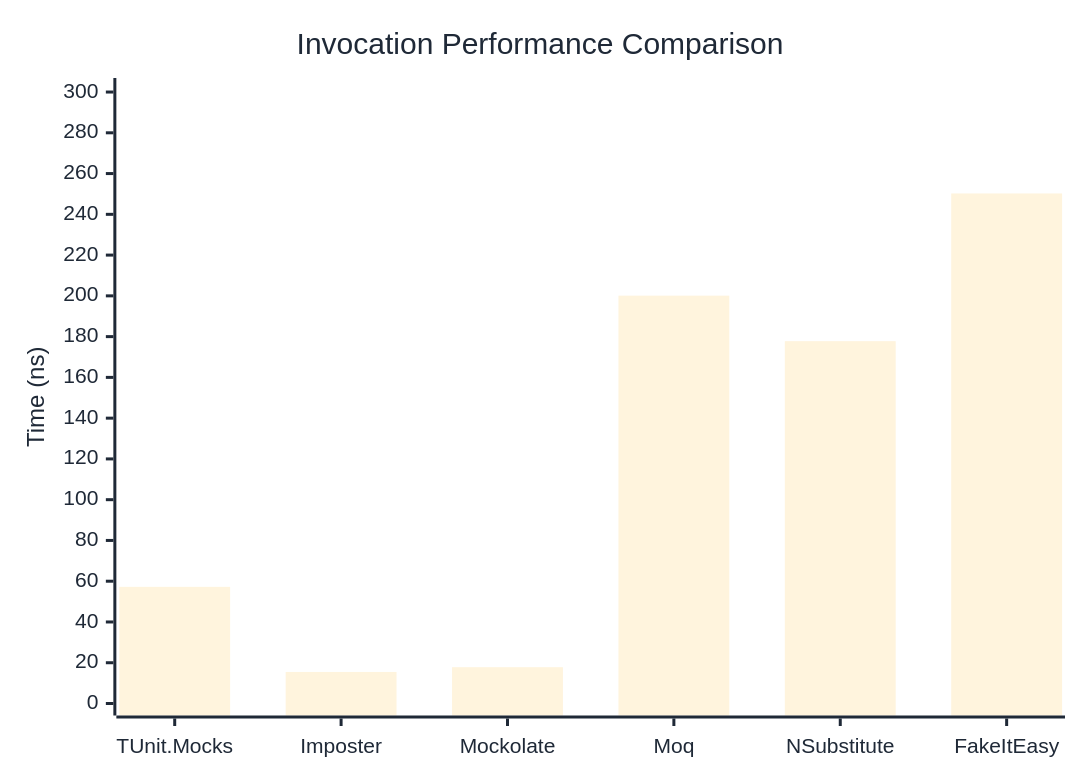
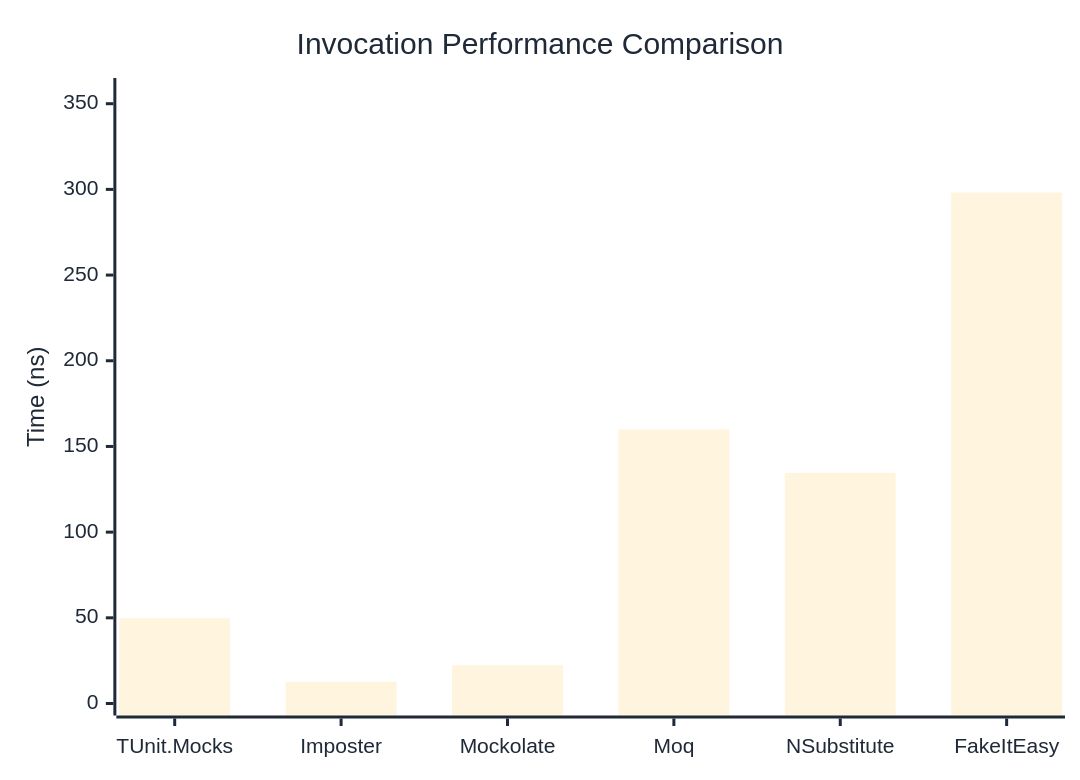
Before and after one commit to thomhurst/TUnit: the second of 3 diagrams in docs/docs/benchmarks/mocks/Invocation.md, drawn with Mermaid. The commit also changed other lines of this file and 14 other files, not shown here.

````diff
--- a/docs/docs/benchmarks/mocks/Invocation.md
+++ b/docs/docs/benchmarks/mocks/Invocation.md
@@ -71,27 +71,27 @@
 ```mermaid
 %%{init: {
   'theme':'base',
   'themeVariables': {
     'primaryColor': '#2563eb',
     'primaryTextColor': '#1f2937',
     'primaryBorderColor': '#1e40af',
     'lineColor': '#6b7280',
     'secondaryColor': '#7c3aed',
     'tertiaryColor': '#dc2626',
     'background': '#ffffff',
     'pie1': '#2563eb',
     'pie2': '#7c3aed',
     'pie3': '#dc2626',
     'pie4': '#f59e0b',
     'pie5': '#10b981',
     'pie6': '#06b6d4',
     'pie7': '#ec4899',
     'pie8': '#6366f1'
   }
 }}%%
 xychart-beta
   title "Invocation Performance Comparison"
   x-axis ["TUnit.Mocks", "Imposter", "Mockolate", "Moq", "NSubstitute", "FakeItEasy"]
-  y-axis "Time (ns)" 0 --> 301
-  bar [57.23, 15.47, 17.81, 200.1, 177.77, 250.24]
+  y-axis "Time (ns)" 0 --> 358
+  bar [49.81, 12.65, 22.27, 160.02, 134.6, 298.13]
 ```
````
